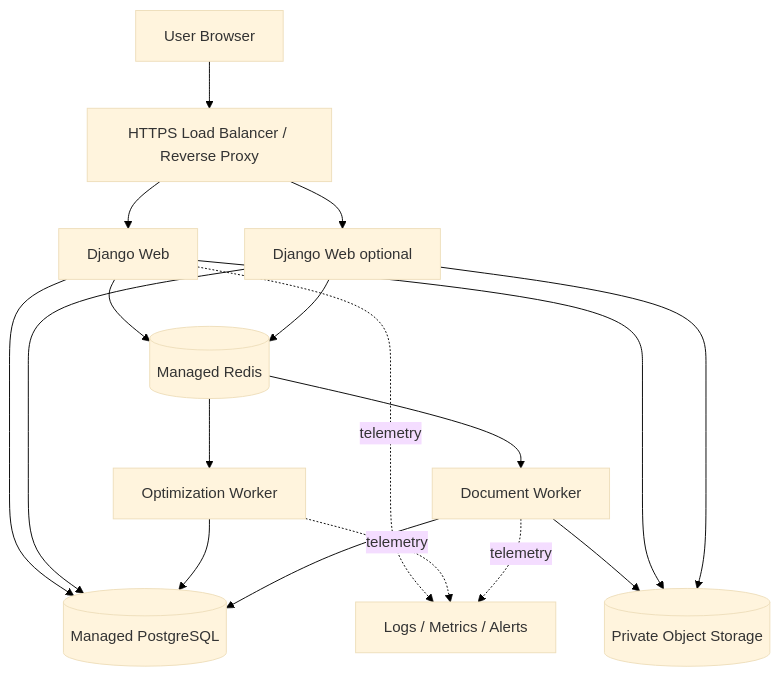
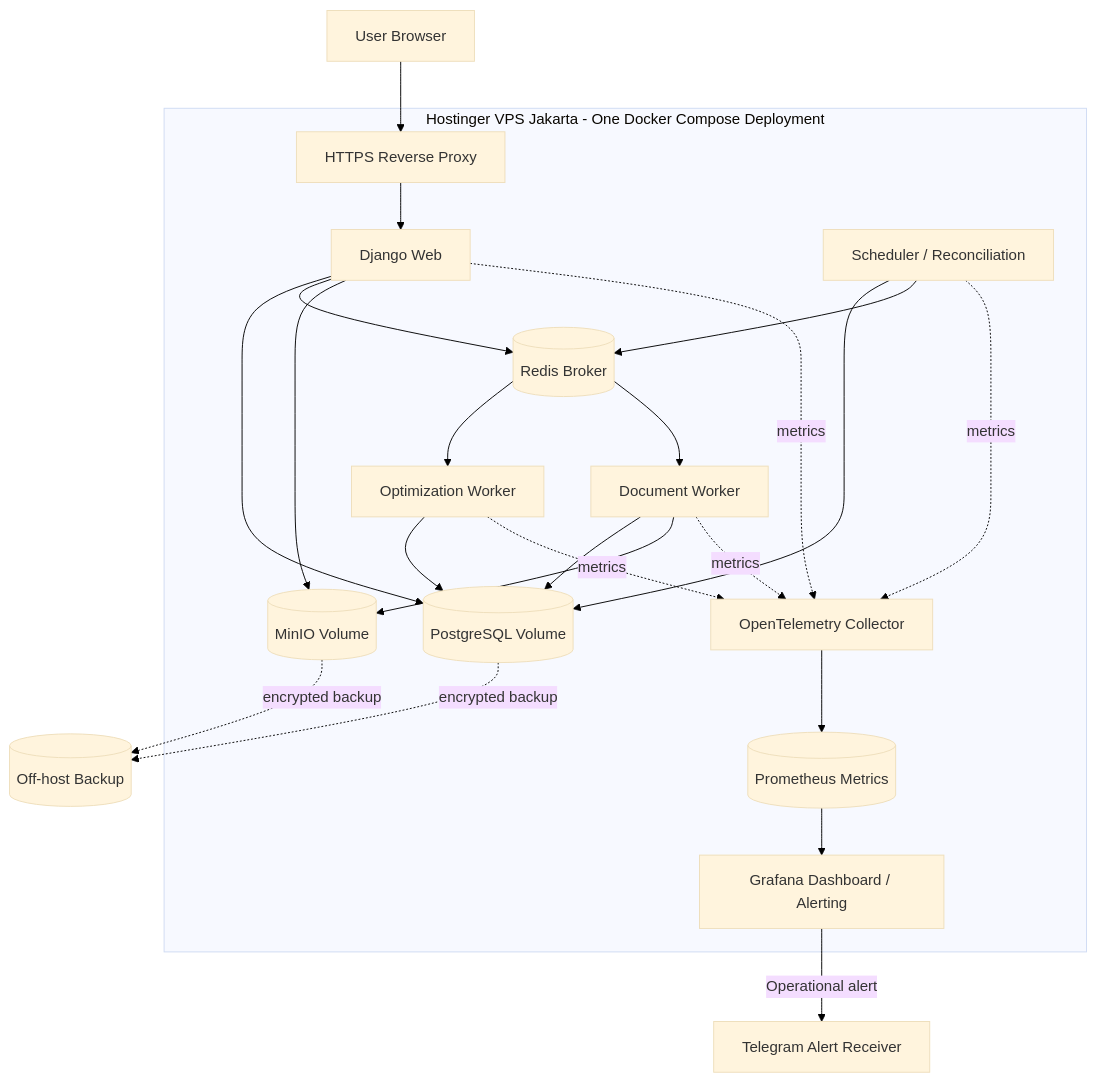
The seventh of 7 diagrams in docs/05-system-architecture.md (siantika/procurement-demo), drawn with Mermaid before and after one commit. The commit also changed other lines of this file, not shown here.

Commit message:
docs: finalize MVP architecture decisions

```diff
--- a/docs/05-system-architecture.md
+++ b/docs/05-system-architecture.md
@@ -542,32 +551,44 @@
 ~~~mermaid
 %%{init: {"theme": "base", "themeVariables": {"background": "#ffffff"}}}%%
 flowchart TB
     User[User Browser]
-    Edge[HTTPS Load Balancer / Reverse Proxy]
-    Web1[Django Web]
-    Web2[Django Web optional]
-    OptWorker[Optimization Worker]
-    DocWorker[Document Worker]
-    PG[(Managed PostgreSQL)]
-    Redis[(Managed Redis)]
-    Object[(Private Object Storage)]
-    Monitor[Logs / Metrics / Alerts]
+    Offsite[(Off-host Backup)]
+    Telegram[Telegram Alert Receiver]
+
+    subgraph VPS[Hostinger VPS Jakarta - One Docker Compose Deployment]
+        Edge[HTTPS Reverse Proxy]
+        Web[Django Web]
+        Scheduler[Scheduler / Reconciliation]
+        OptWorker[Optimization Worker]
+        DocWorker[Document Worker]
+        PG[(PostgreSQL Volume)]
+        Redis[(Redis Broker)]
+        MinIO[(MinIO Volume)]
+        OTel[OpenTelemetry Collector]
+        Prometheus[(Prometheus Metrics)]
+        Grafana[Grafana Dashboard / Alerting]
+
+        Edge --> Web
+        Web --> PG
+        Web --> Redis
+        Web --> MinIO
+        Scheduler --> PG
+        Scheduler --> Redis
+        Redis --> OptWorker
+        Redis --> DocWorker
+        OptWorker --> PG
+        DocWorker --> PG
+        DocWorker --> MinIO
+        Web -. metrics .-> OTel
+        Scheduler -. metrics .-> OTel
+        OptWorker -. metrics .-> OTel
+        DocWorker -. metrics .-> OTel
+        OTel --> Prometheus
+        Prometheus --> Grafana
+    end
 
     User --> Edge
-    Edge --> Web1
-    Edge --> Web2
-    Web1 --> PG
-    Web2 --> PG
-    Web1 --> Redis
-    Web2 --> Redis
-    Redis --> OptWorker
-    Redis --> DocWorker
-    OptWorker --> PG
-    DocWorker --> PG
-    DocWorker --> Object
-    Web1 --> Object
-    Web2 --> Object
-    Web1 -. telemetry .-> Monitor
-    OptWorker -. telemetry .-> Monitor
-    DocWorker -. telemetry .-> Monitor
+    PG -. encrypted backup .-> Offsite
+    MinIO -. encrypted backup .-> Offsite
+    Grafana -->|Operational alert| Telegram
 ~~~
```
